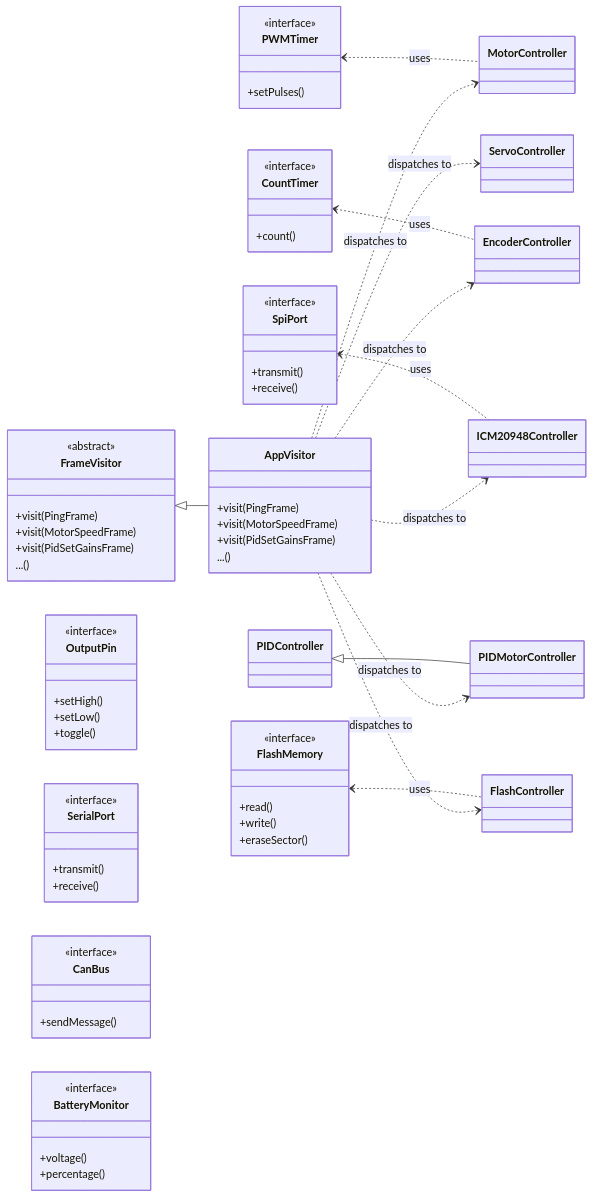
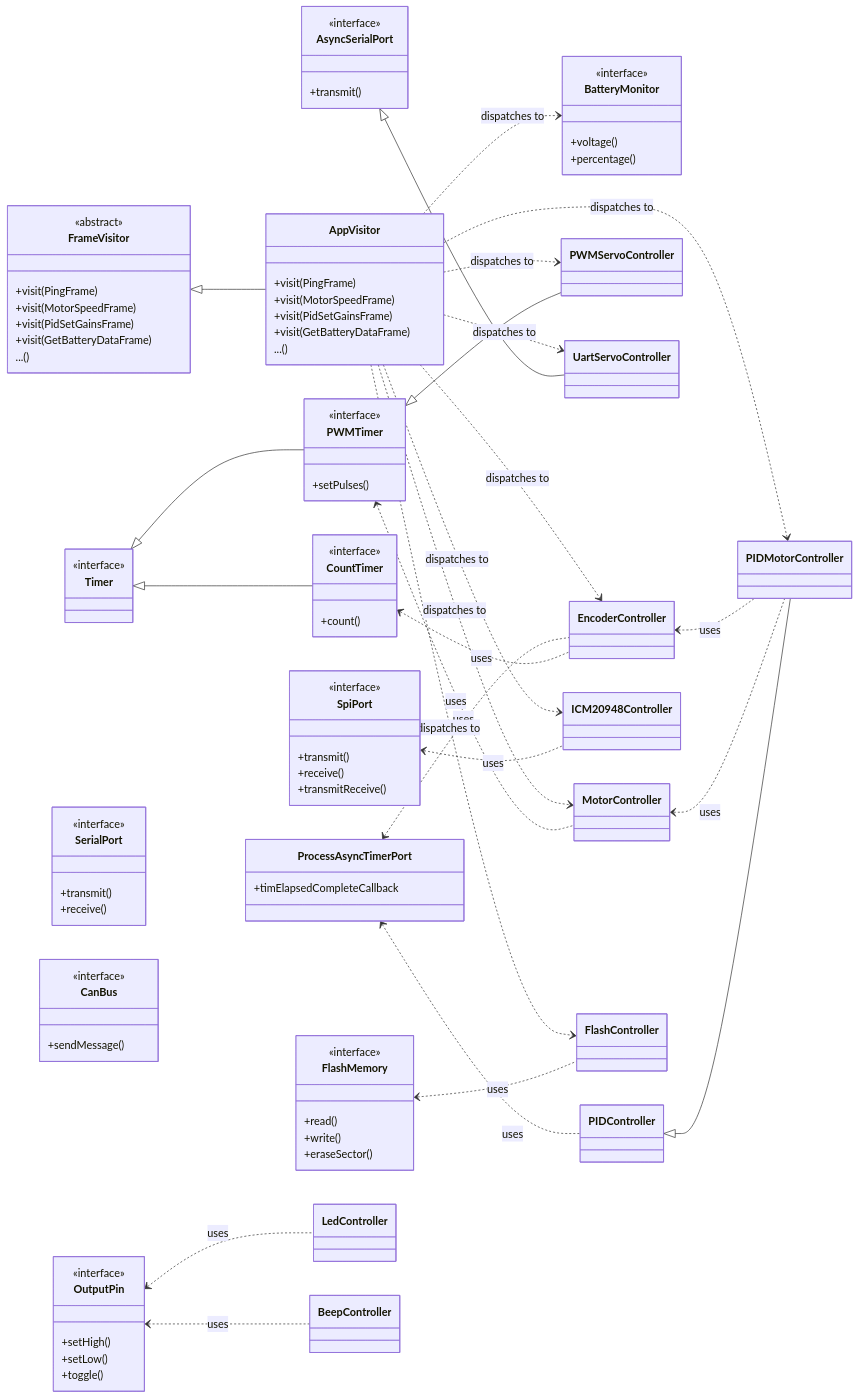
Before and after one commit to jmanuelc87/bolt: the second of 3 diagrams in README.md, drawn with Mermaid.

````diff
--- a/README.md
+++ b/README.md
@@ -72,12 +72,14 @@
         +visit(PingFrame)
         +visit(MotorSpeedFrame)
         +visit(PidSetGainsFrame)
+        +visit(GetBatteryDataFrame)
         ...()
     }
     class AppVisitor {
         +visit(PingFrame)
         +visit(MotorSpeedFrame)
         +visit(PidSetGainsFrame)
+        +visit(GetBatteryDataFrame)
         ...()
     }
     FrameVisitor <|-- AppVisitor
@@ -93,9 +95,16 @@
         +transmit()
         +receive()
     }
+    class AsyncSerialPort {
+        <<interface>>
+        +transmit()
+    }
     class CanBus {
         <<interface>>
         +sendMessage()
+    }
+    class Timer {
+        <<interface>>
     }
     class PWMTimer {
         <<interface>>
@@ -105,10 +114,14 @@
         <<interface>>
         +count()
     }
+    class ProcessAsyncTimerPort {
+        +timElapsedCompleteCallback
+    }
     class SpiPort {
         <<interface>>
         +transmit()
         +receive()
+        +transmitReceive()
     }
     class FlashMemory {
         <<interface>>
@@ -122,8 +135,14 @@
         +percentage()
     }
 
+    Timer <|-- PWMTimer
+    Timer <|-- CountTimer
+
     class MotorController
-    class ServoController
+    class LedController
+    class BeepController
+    class PWMServoController
+    class UartServoController
     class EncoderController
     class ICM20948Controller
     class PIDController
@@ -131,15 +150,25 @@
     class FlashController
 
     PWMTimer <.. MotorController : uses
+    PWMTimer <|-- PWMServoController
+    AsyncSerialPort <|-- UartServoController
+    OutputPin <.. LedController : uses
+    OutputPin <.. BeepController : uses
     CountTimer <.. EncoderController : uses
+    ProcessAsyncTimerPort <.. EncoderController : uses
+    ProcessAsyncTimerPort <.. PIDController : uses
     SpiPort <.. ICM20948Controller : uses
     FlashMemory <.. FlashController : uses
     PIDController <|-- PIDMotorController
+    MotorController <.. PIDMotorController : uses
+    EncoderController <.. PIDMotorController : uses
 
     AppVisitor ..> MotorController : dispatches to
-    AppVisitor ..> ServoController : dispatches to
+    AppVisitor ..> PWMServoController : dispatches to
+    AppVisitor ..> UartServoController : dispatches to
     AppVisitor ..> EncoderController : dispatches to
     AppVisitor ..> ICM20948Controller : dispatches to
     AppVisitor ..> PIDMotorController : dispatches to
     AppVisitor ..> FlashController : dispatches to
+    AppVisitor ..> BatteryMonitor : dispatches to
 ```
````
